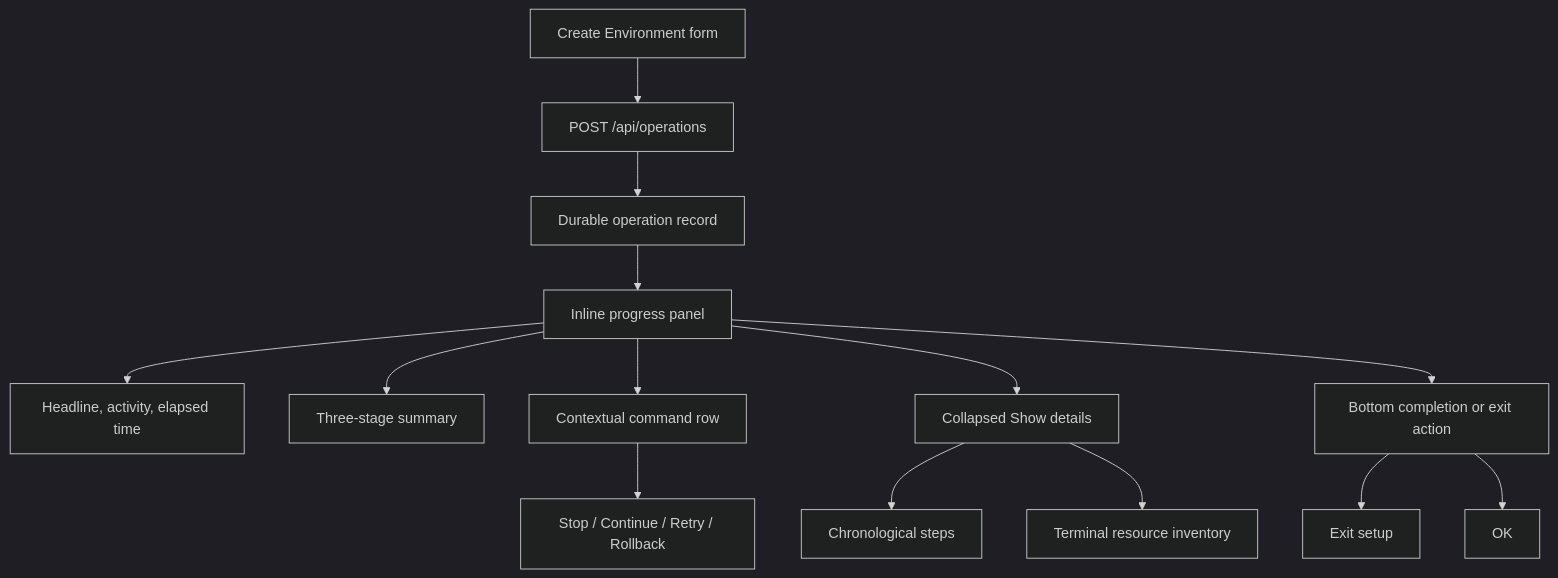
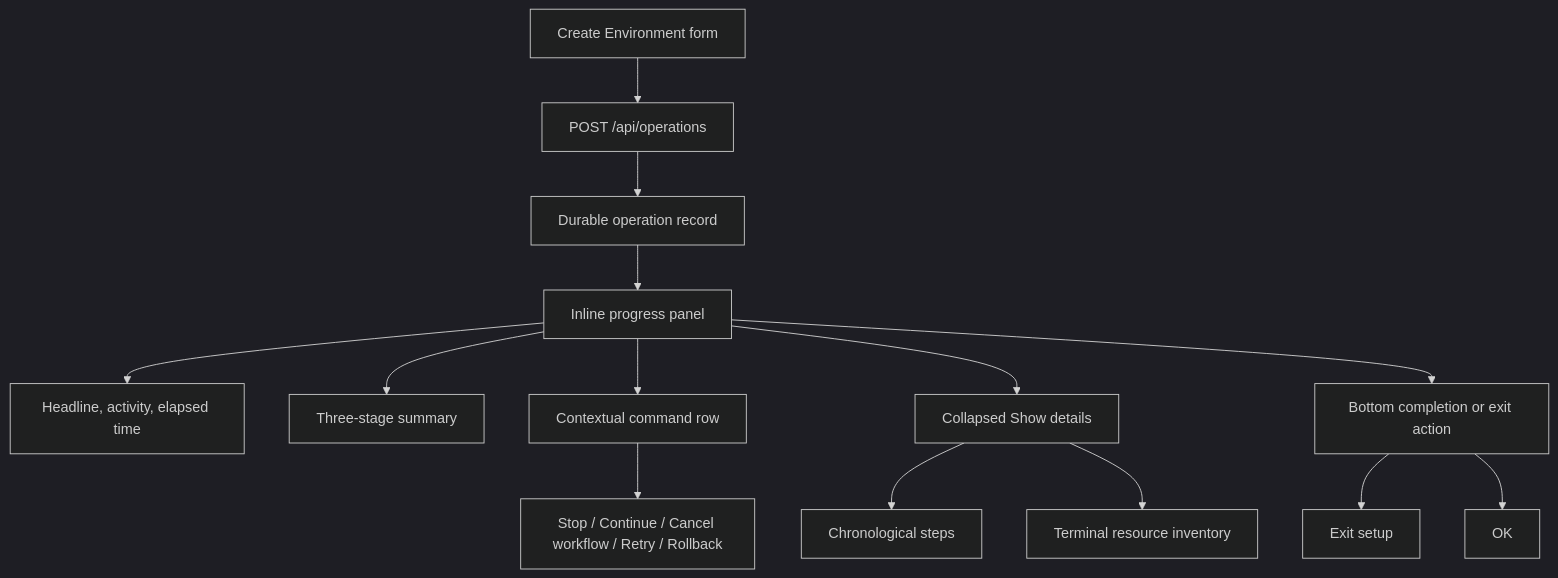
Before and after one commit to radius-project/ai-extensions: the first of 3 diagrams in docs/architecture/create-environment-progress-ux.md, drawn with Mermaid (dark theme). The commit also changed other lines of this file and 22 other files, not shown here.

````diff
--- a/docs/architecture/create-environment-progress-ux.md
+++ b/docs/architecture/create-environment-progress-ux.md
@@ -7,16 +7,16 @@
 ```mermaid
 graph TD
     Form["Create Environment form"] --> Start["POST /api/operations"]
     Start --> Record["Durable operation record"]
     Record --> Panel["Inline progress panel"]
     Panel --> Headline["Headline, activity, elapsed time"]
     Panel --> Stages["Three-stage summary"]
     Panel --> Commands["Contextual command row"]
     Panel --> Details["Collapsed Show details"]
     Panel --> Bottom["Bottom completion or exit action"]
-    Commands --> Controls["Stop / Continue / Retry / Rollback"]
+    Commands --> Controls["Stop / Continue / Cancel workflow / Retry / Rollback"]
     Details --> Timeline["Chronological steps"]
     Details --> Inventory["Terminal resource inventory"]
     Bottom --> Exit["Exit setup"]
     Bottom --> Ack["OK"]
 ```
````
